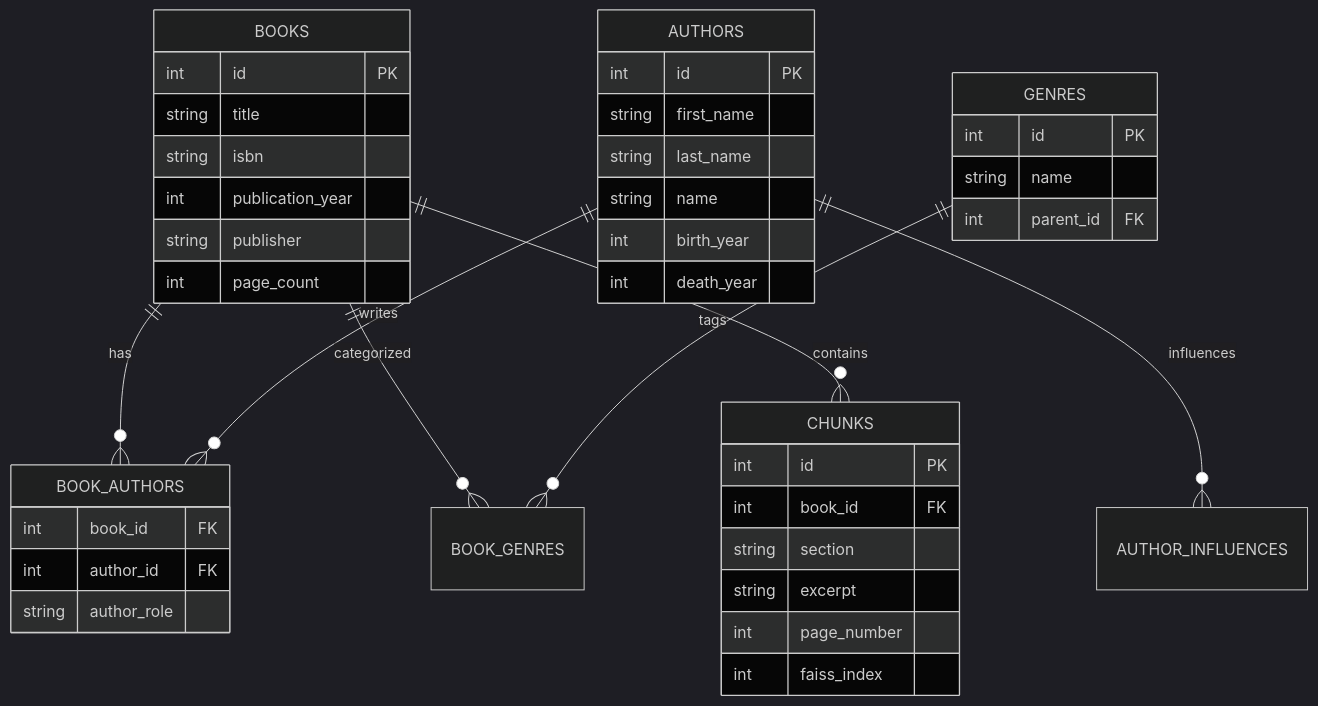
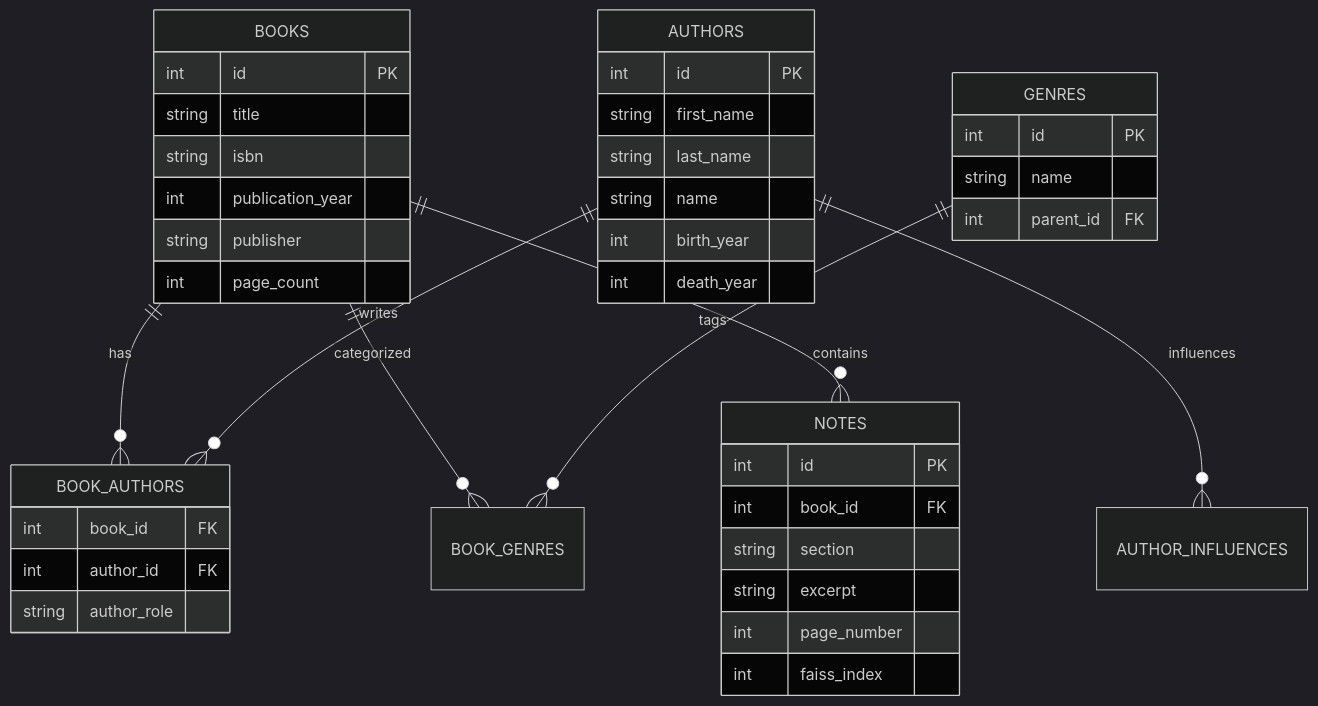
Before and after one commit to trvslhlt/git-reading: the fourth of 5 diagrams in docs/ARCHITECTURE.md, drawn with Mermaid (dark theme). The commit also changed 16 other files, not shown here.

````diff
--- a/docs/ARCHITECTURE.md
+++ b/docs/ARCHITECTURE.md
@@ -190,48 +190,48 @@
 ```mermaid
 erDiagram
     BOOKS ||--o{ BOOK_AUTHORS : has
     AUTHORS ||--o{ BOOK_AUTHORS : writes
     BOOKS ||--o{ BOOK_GENRES : categorized
     GENRES ||--o{ BOOK_GENRES : tags
-    BOOKS ||--o{ CHUNKS : contains
+    BOOKS ||--o{ NOTES : contains
     AUTHORS ||--o{ AUTHOR_INFLUENCES : influences
 
     BOOKS {
         int id PK
         string title
         string isbn
         int publication_year
         string publisher
         int page_count
     }
 
     AUTHORS {
         int id PK
         string first_name
         string last_name
         string name
         int birth_year
         int death_year
     }
 
     BOOK_AUTHORS {
         int book_id FK
         int author_id FK
         string author_role
     }
 
-    CHUNKS {
+    NOTES {
         int id PK
         int book_id FK
         string section
         string excerpt
         int page_number
         int faiss_index
     }
 
     GENRES {
         int id PK
         string name
         int parent_id FK
     }
 ```
````
